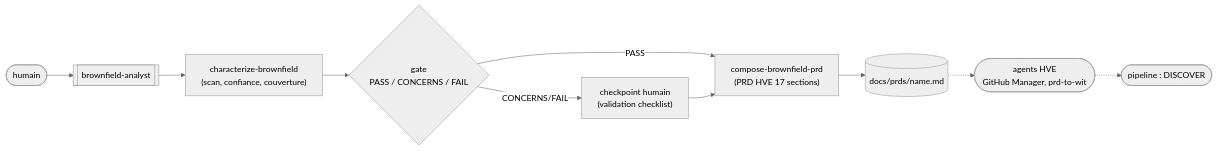
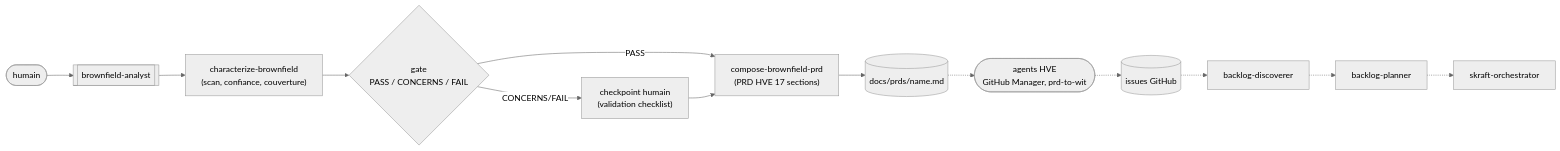
One commit to SebastienDegodez/skraft-plugin changed the first of 3 diagrams in docs/site/fr/explanation/brownfield.md. Above: the diagram before and after it, drawn with Mermaid (neutral theme). The commit also changed other lines of this file and 1 other file, not shown here.

````diff
--- a/docs/site/fr/explanation/brownfield.md
+++ b/docs/site/fr/explanation/brownfield.md
@@ -39,12 +51,15 @@
 ```mermaid
 flowchart LR
     H(["humain"]) --> BA[["brownfield-analyst"]]
     BA --> CB["characterize-brownfield<br/>(scan, confiance, couverture)"]
     CB --> G{"gate<br/>PASS / CONCERNS / FAIL"}
     G -->|CONCERNS/FAIL| CHK["checkpoint humain<br/>(validation checklist)"]
     G -->|PASS| CP["compose-brownfield-prd<br/>(PRD HVE 17 sections)"]
     CHK --> CP
     CP --> PRD[("docs/prds/name.md")]
     PRD -.-> HVE(["agents HVE<br/>GitHub Manager, prd-to-wit"])
-    HVE -.-> DISCOVER(["pipeline : DISCOVER"])
+    HVE -.-> ISSUES[("issues GitHub")]
+    ISSUES -.-> BD["backlog-discoverer"]
+    BD -.-> BP["backlog-planner"]
+    BP -.-> ORCH["skraft-orchestrator"]
 ```
````
